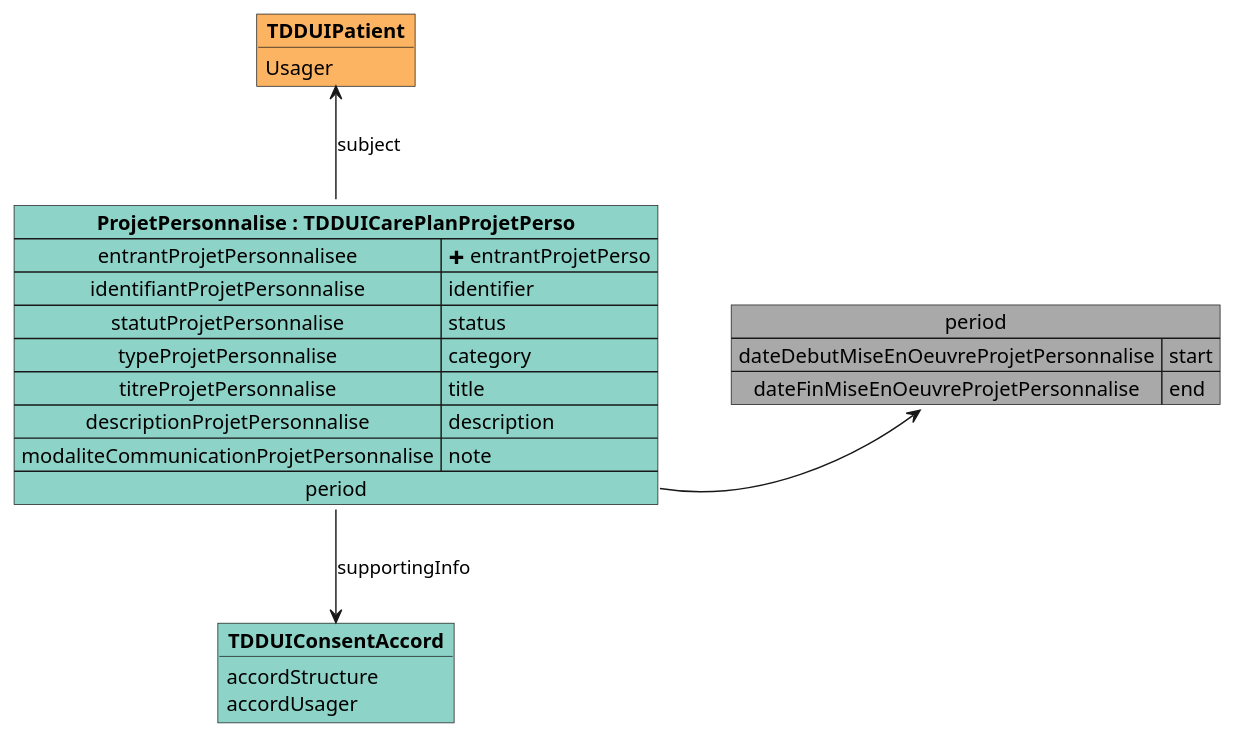
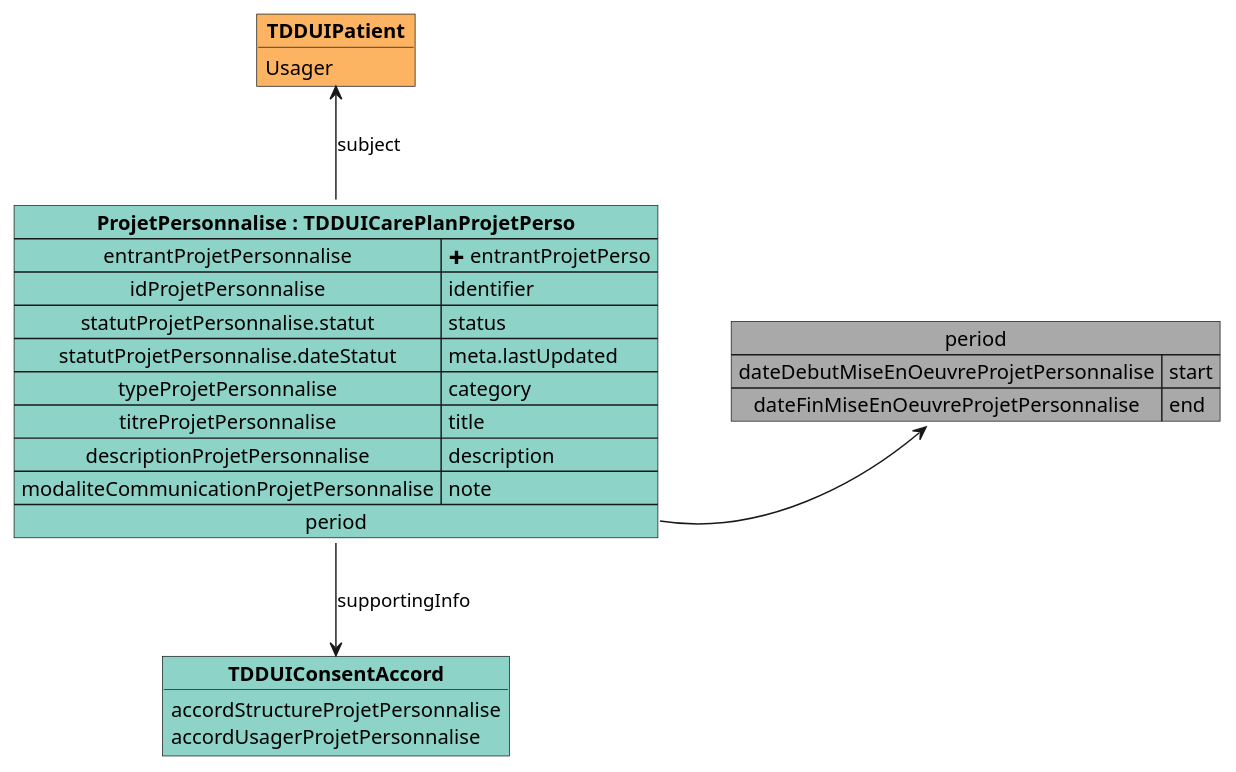
Before and after one commit to ansforge/IG-fhir-medicosocial-transfert-donnees-dui: the diagram in input/images-source/mapping_TDDUICarePlanProjetPerso.plantuml, drawn with PlantUML. The commit also changed 24 other files, not shown here.

```diff
--- a/input/images-source/mapping_TDDUICarePlanProjetPerso.plantuml
+++ b/input/images-source/mapping_TDDUICarePlanProjetPerso.plantuml
@@ -1,31 +1,32 @@
 @startuml
 
 map "period" as period #DarkGray {
     dateDebutMiseEnOeuvreProjetPersonnalise => start
     dateFinMiseEnOeuvreProjetPersonnalise => end
 }
 
 object "**TDDUIPatient**" as TDDUIPatient_subject #fdb462 {
     Usager
 }
 
 object "**TDDUIConsentAccord**" as TDDUIConsentAccord #8dd3c7 {
-    accordStructure
-    accordUsager
+    accordStructureProjetPersonnalise
+    accordUsagerProjetPersonnalise
 }
 
 map "**ProjetPersonnalise : TDDUICarePlanProjetPerso**" as ProjetPersonnalise #8dd3c7 {
-    entrantProjetPersonnalisee => <&plus> entrantProjetPerso
-    identifiantProjetPersonnalise => identifier
-    statutProjetPersonnalise => status
+    entrantProjetPersonnalise => <&plus> entrantProjetPerso
+    idProjetPersonnalise => identifier
+    statutProjetPersonnalise.statut => status
+    statutProjetPersonnalise.dateStatut => meta.lastUpdated
     typeProjetPersonnalise => category
     titreProjetPersonnalise => title
     descriptionProjetPersonnalise => description
     modaliteCommunicationProjetPersonnalise => note
     period *-> period
 }
 
 ProjetPersonnalise -u-> TDDUIPatient_subject : subject
 ProjetPersonnalise -d-> TDDUIConsentAccord : supportingInfo
 
 @enduml
```
